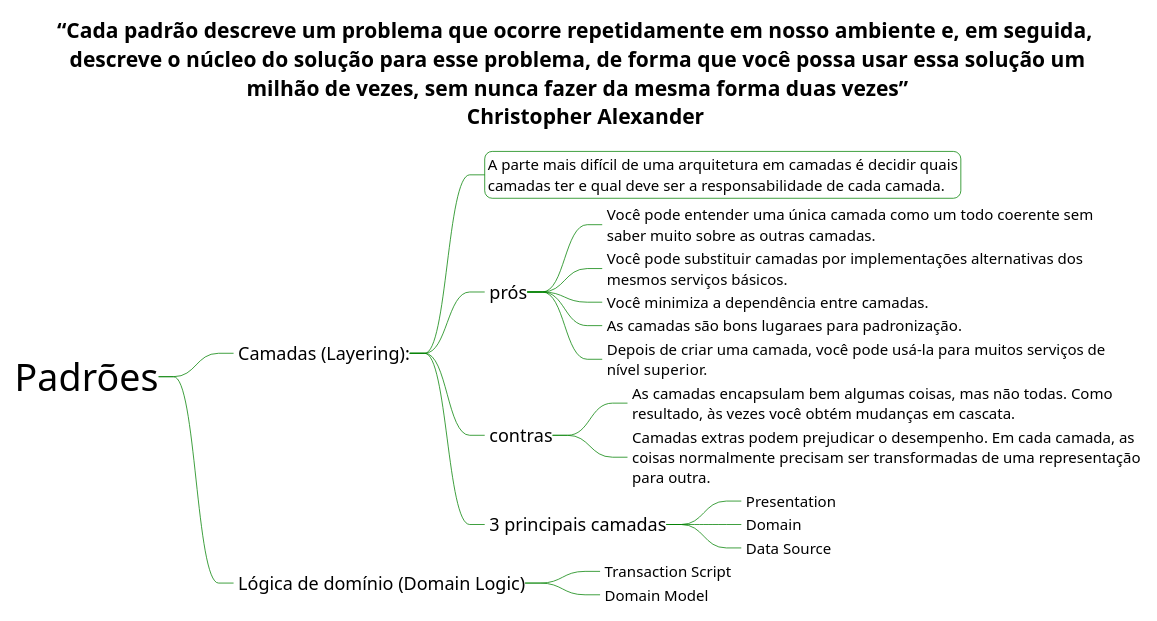
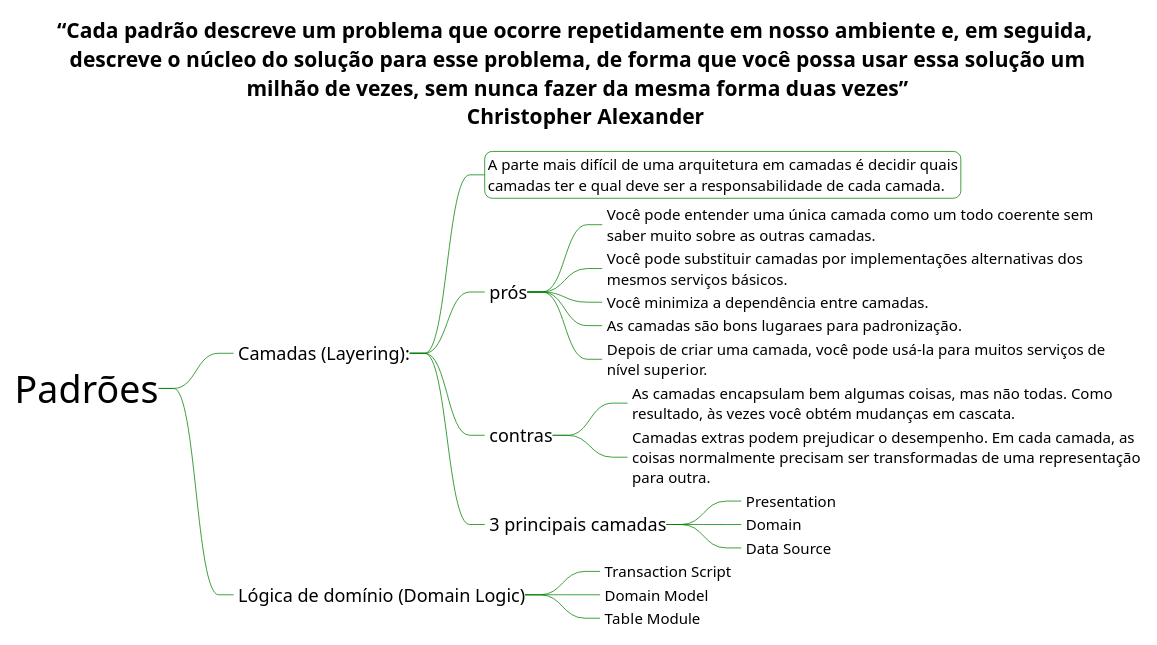
The diagram in src/patterns of enterprise application/padrões.pu (ralphribeiro/mapas-mentais), drawn with PlantUML before and after one commit.

Commit message:
lógica de domínio

```diff
--- a/src/patterns of enterprise application/padrões.pu
+++ b/src/patterns of enterprise application/padrões.pu
@@ -1,61 +1,62 @@
 @startmindmap
 
 <style>
 node {
     Padding 5
     BackgroundColor white
     RoundCorner 10
     FontSize 12
     MaximumWidth 200
 }
 
 rootNode {
     FontSize 25
     FontColor Black
     Shadowing 0.0
 }
 
 leafNode {
     LineColor green
     LineThickness 0.5
     RoundCorner 10
     Padding 2
     BackgroundColor white
     FontSize 10
     MaximumWidth 350
     Margin 3
     HorizontalAlignment left
 }
 
 arrow {
     LineStyle 0
     LineThickness 0.5
     LineColor green    
 }
 
 </style>
  
 title “Cada padrão descreve um problema que ocorre repetidamente em nosso ambiente e, em seguida,\n descreve o núcleo do solução para esse problema, de forma que você possa usar essa solução um\n milhão de vezes, sem nunca fazer da mesma forma duas vezes”\n    Christopher Alexander
 
 *_ Padrões
 **_ Camadas (Layering):
 ***  A parte mais difícil de uma arquitetura em camadas é decidir quais camadas ter e qual deve ser a responsabilidade de cada camada. 
 ***_ prós
 ****_ Você pode entender uma única camada como um todo coerente sem saber muito sobre as outras camadas.
 ****_ Você pode substituir camadas por implementações alternativas dos mesmos serviços básicos.
 ****_ Você minimiza a dependência entre camadas.
 ****_ As camadas são bons lugaraes para padronização.
 ****_ Depois de criar uma camada, você pode usá-la para muitos serviços de nível superior.
 ***_ contras
 ****_ As camadas encapsulam bem algumas coisas, mas não todas. Como resultado, às vezes você obtém mudanças em cascata.
 ****_ Camadas extras podem prejudicar o desempenho. Em cada camada, as coisas normalmente precisam ser transformadas de uma representação para outra.
 ***_ 3 principais camadas
 ****_ Presentation
 ****_ Domain
 ****_ Data Source
 
 **_ Lógica de domínio (Domain Logic)
 ***_ Transaction Script
 ***_ Domain Model
+***_ Table Module
 
 @endmindmap
```
